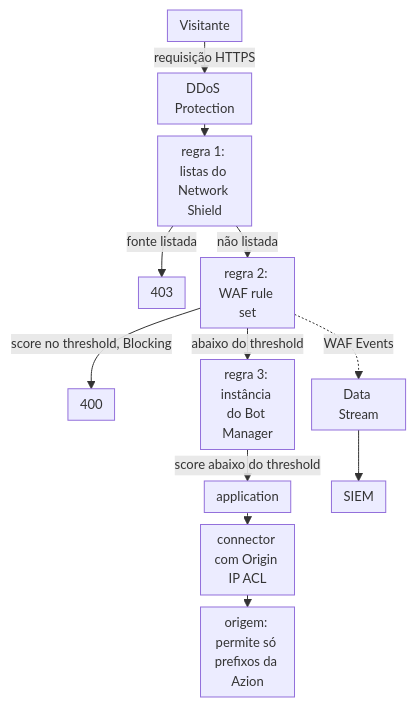
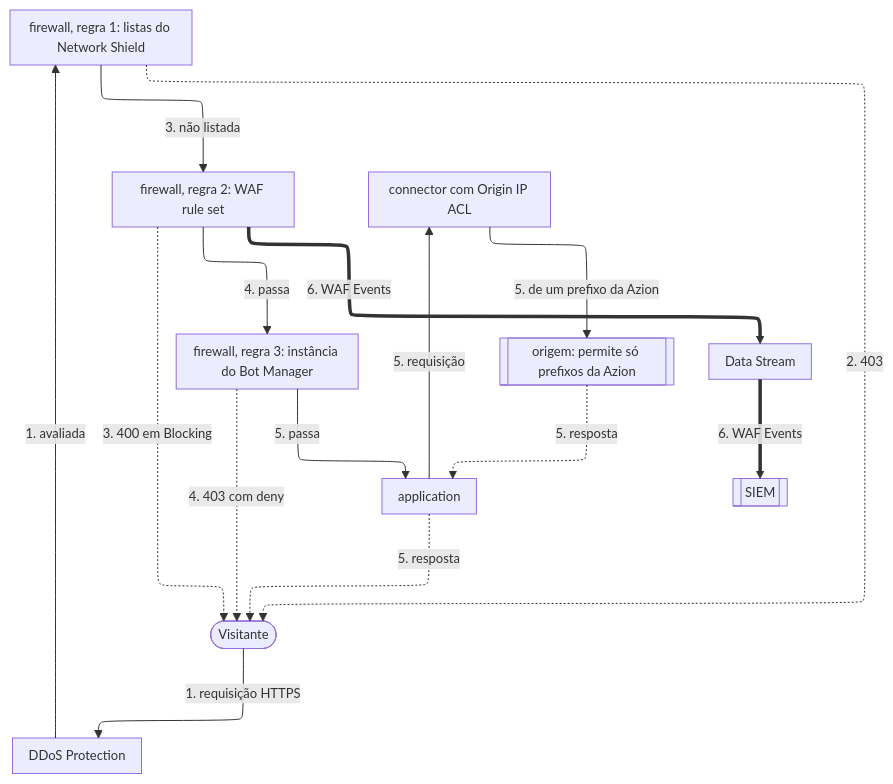
The diagram in apps/docs/src/content/docs/pt-br/pages/casos-de-uso/proteger-aplicacoes-e-redes/proteger-aplicacoes-web-contra-ataques-do-owasp-top-10-e-zero-day.mdx (aziontech/docs), drawn with Mermaid before and after one commit. The commit also changed other lines of this file and 55 other files, not shown here.

Commit message:
docs(use-cases): redraw the use-case diagrams with the way back and check their claims (#2509)

````diff
--- a/apps/docs/src/content/docs/pt-br/pages/casos-de-uso/proteger-aplicacoes-e-redes/proteger-aplicacoes-web-contra-ataques-do-owasp-top-10-e-zero-day.mdx
+++ b/apps/docs/src/content/docs/pt-br/pages/casos-de-uso/proteger-aplicacoes-e-redes/proteger-aplicacoes-web-contra-ataques-do-owasp-top-10-e-zero-day.mdx
@@ -47,15 +49,28 @@
 ```mermaid
-%%{init: {"layout": "dagre", "themeVariables": {"fontSize": "13px"}, "flowchart": {"nodeSpacing": 12, "rankSpacing": 12, "padding": 6, "wrappingWidth": 70, "minNodeWidth": 40, "useMaxWidth": true}}}%%
+%%{init: {"layout": "elk", "themeVariables": {"fontSize": "13px"}, "flowchart": {"nodeSpacing": 24, "rankSpacing": 36, "padding": 8, "wrappingWidth": 150, "useMaxWidth": true}, "sequence": {"width": 120, "actorMargin": 30, "useMaxWidth": true}}}%%
 flowchart TD
-  Visitor["Visitante"] -->|"requisição HTTPS"| DDoS["DDoS Protection"]
-  DDoS --> Net["regra 1: listas do Network Shield"]
-  Net -->|"fonte listada"| Deny["403"]
-  Net -->|"não listada"| WAF["regra 2: WAF rule set"]
-  WAF -->|"score no threshold, Blocking"| Bad["400"]
-  WAF -->|"abaixo do threshold"| Bot["regra 3: instância do Bot Manager"]
-  Bot -->|"score abaixo do threshold"| App["application"]
-  App --> Conn["connector com Origin IP ACL"]
-  Conn --> Origin["origem: permite só prefixos da Azion"]
-  WAF -.->|"WAF Events"| Stream["Data Stream"]
-  Stream --> SIEM["SIEM"]
+  Visitor(["Visitante"])
+  DDoS["DDoS Protection"]
+  Net["firewall, regra 1: listas do Network Shield"]
+  WAF["firewall, regra 2: WAF rule set"]
+  Bot["firewall, regra 3: instância do Bot Manager"]
+  App["application"]
+  Conn["connector com Origin IP ACL"]
+  Origin[["origem: permite só prefixos da Azion"]]
+  Stream["Data Stream"]
+  SIEM[["SIEM"]]
+  Visitor -->|"1. requisição HTTPS"| DDoS
+  DDoS -->|"1. avaliada"| Net
+  Net -->|"3. não listada"| WAF
+  WAF -->|"4. passa"| Bot
+  Bot -->|"5. passa"| App
+  App -->|"5. requisição"| Conn
+  Conn -->|"5. de um prefixo da Azion"| Origin
+  Origin -.->|"5. resposta"| App
+  App -.->|"5. resposta"| Visitor
+  Net -.->|"2. 403"| Visitor
+  WAF -.->|"3. 400 em Blocking"| Visitor
+  Bot -.->|"4. 403 com deny"| Visitor
+  WAF ==>|"6. WAF Events"| Stream
+  Stream ==>|"6. WAF Events"| SIEM
 ```
````
